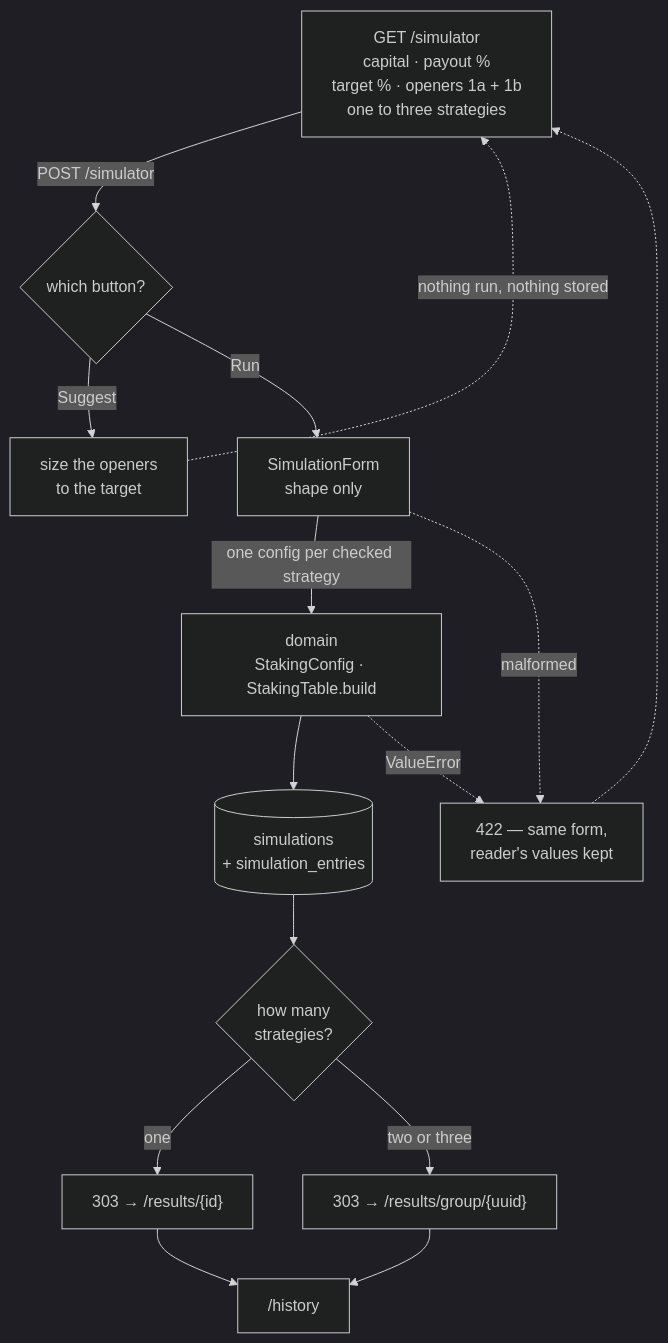
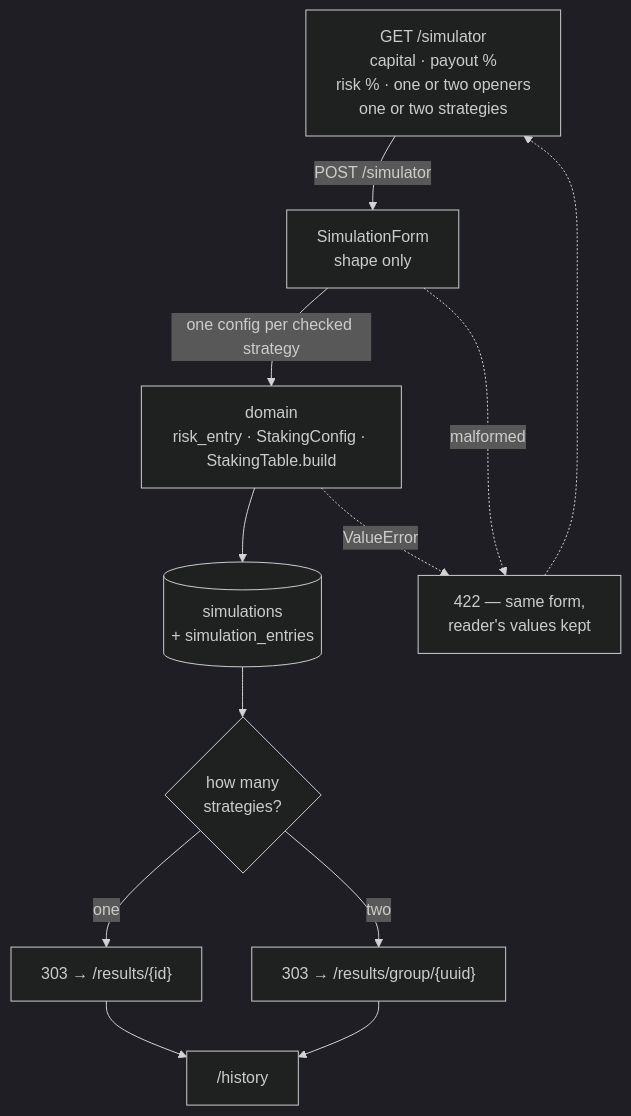
Before and after one commit to AD0791/MTG-simulator-app: the first of 2 diagrams in README.md, drawn with Mermaid (dark theme). The commit also changed other lines of this file and 28 other files, not shown here.

First line of the commit message:
size the opening entries from a risk percentage of capital

````diff
--- a/README.md
+++ b/README.md
@@ -72,22 +72,17 @@
 ```mermaid
 flowchart TD
-    FORM["GET /simulator<br/>capital · payout %<br/>target % · openers 1a + 1b<br/>one to three strategies"]
-    FORM -->|POST /simulator| ACT{which button?}
-
-    ACT -->|Suggest| SUG["size the openers<br/>to the target"]
-    SUG -.->|nothing run, nothing stored| FORM
-
-    ACT -->|Run| SHAPE["SimulationForm<br/>shape only"]
-    SHAPE -->|one config per checked strategy| DOM["domain<br/>StakingConfig · StakingTable.build"]
+    FORM["GET /simulator<br/>capital · payout %<br/>risk % · one or two openers<br/>one or two strategies"]
+    FORM -->|POST /simulator| SHAPE["SimulationForm<br/>shape only"]
+    SHAPE -->|one config per checked strategy| DOM["domain<br/>risk_entry · StakingConfig · StakingTable.build"]
     DOM --> DB[("simulations<br/>+ simulation_entries")]
 
     SHAPE -.->|malformed| REJECT
     DOM -.->|ValueError| REJECT
     REJECT["422 — same form,<br/>reader's values kept"] -.-> FORM
 
     DB --> SEE{how many<br/>strategies?}
     SEE -->|one| ONE["303 → /results/{id}"]
-    SEE -->|two or three| MANY["303 → /results/group/{uuid}"]
+    SEE -->|two| MANY["303 → /results/group/{uuid}"]
     ONE --> HIST["/history"]
     MANY --> HIST
 ```
````
